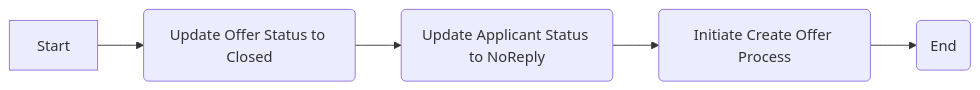
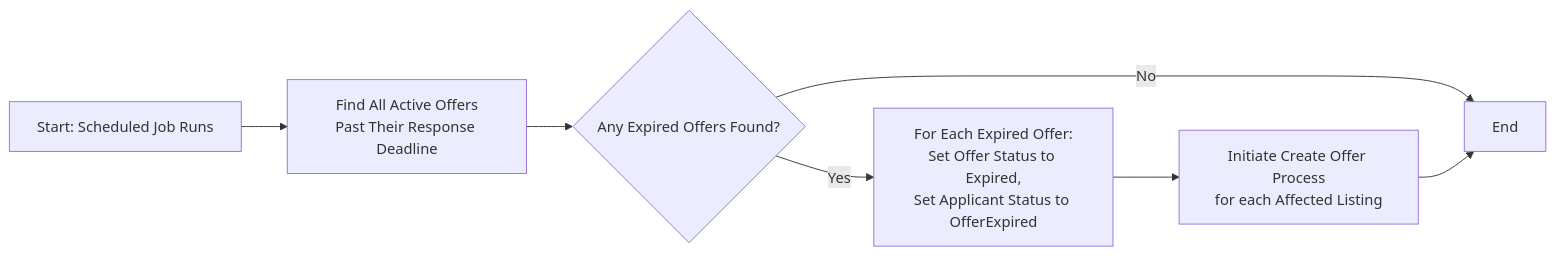
The first of 2 diagrams in core/src/processes/parkingspaces/internal/DOCS_Expire_Offer.md (Bostads-AB-Mimer/onecore), drawn with Mermaid before and after one commit. The commit also changed other lines of this file and 9 other files, not shown here.

````diff
--- a/core/src/processes/parkingspaces/internal/DOCS_Expire_Offer.md
+++ b/core/src/processes/parkingspaces/internal/DOCS_Expire_Offer.md
@@ -5,8 +11,9 @@
 ```mermaid
 flowchart LR
-A[Start] -->B(Update Offer Status to Closed)
-B --> C(Update Applicant Status to NoReply)
-C --> D(Initiate Create Offer Process)
-D --> O(End)
-
+A[Start: Scheduled Job Runs] --> B[Find All Active Offers<br/>Past Their Response Deadline]
+B --> C{Any Expired Offers Found?}
+C --> |No| O[End]
+C --> |Yes| D[For Each Expired Offer:<br/>Set Offer Status to Expired,<br/>Set Applicant Status to OfferExpired]
+D --> E[Initiate Create Offer Process<br/>for each Affected Listing]
+E --> O
 ```
````
